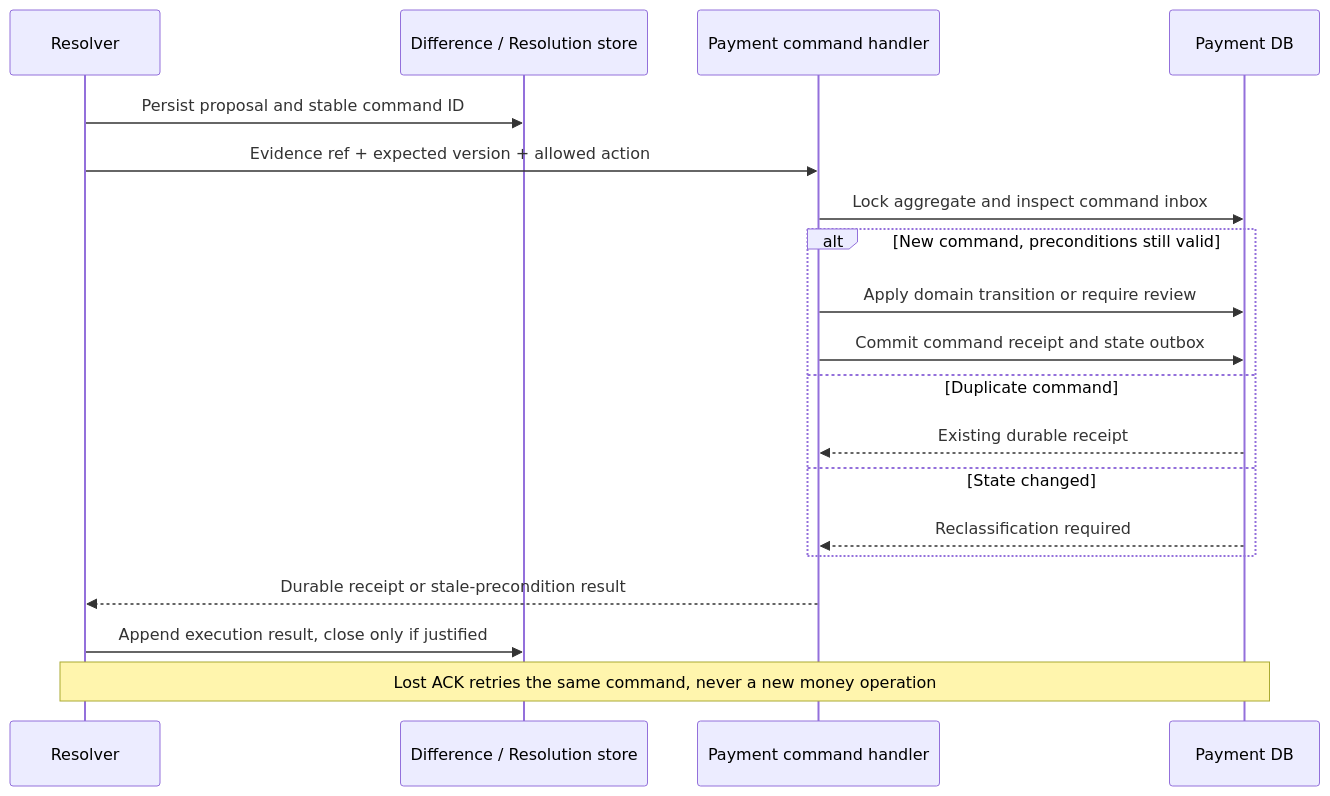
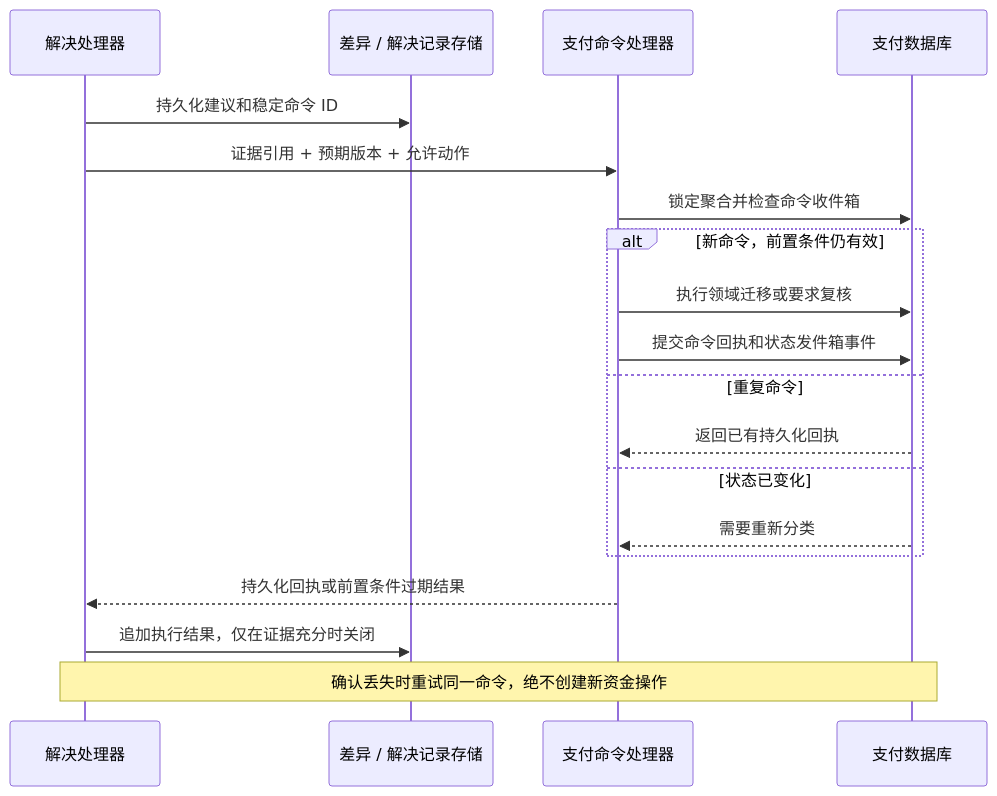
One commit to YouEclipse/Designing-Modern-Payment-Systems changed the third of 3 diagrams in part-4-operating-at-scale/reconciliation.md. Above: the diagram before and after it, drawn with Mermaid. The commit also changed other lines of this file and 59 other files, not shown here.

````diff
--- a/part-4-operating-at-scale/reconciliation.md
+++ b/part-4-operating-at-scale/reconciliation.md
@@ -388,21 +388,21 @@
 ```mermaid
 sequenceDiagram
-    participant R as Resolver
-    participant D as Difference / Resolution store
-    participant P as Payment command handler
-    participant DB as Payment DB
-    R->>D: Persist proposal and stable command ID
-    R->>P: Evidence ref + expected version + allowed action
-    P->>DB: Lock aggregate and inspect command inbox
-    alt New command, preconditions still valid
-        P->>DB: Apply domain transition or require review
-        P->>DB: Commit command receipt and state outbox
-    else Duplicate command
-        DB-->>P: Existing durable receipt
-    else State changed
-        DB-->>P: Reclassification required
+    participant R as 解决处理器
+    participant D as 差异 / 解决记录存储
+    participant P as 支付命令处理器
+    participant DB as 支付数据库
+    R->>D: 持久化建议和稳定命令 ID
+    R->>P: 证据引用 + 预期版本 + 允许动作
+    P->>DB: 锁定聚合并检查命令收件箱
+    alt 新命令，前置条件仍有效
+        P->>DB: 执行领域迁移或要求复核
+        P->>DB: 提交命令回执和状态发件箱事件
+    else 重复命令
+        DB-->>P: 返回已有持久化回执
+    else 状态已变化
+        DB-->>P: 需要重新分类
     end
-    P-->>R: Durable receipt or stale-precondition result
-    R->>D: Append execution result, close only if justified
-    Note over R,DB: Lost ACK retries the same command, never a new money operation
+    P-->>R: 持久化回执或前置条件过期结果
+    R->>D: 追加执行结果，仅在证据充分时关闭
+    Note over R,DB: 确认丢失时重试同一命令，绝不创建新资金操作
 ```
````
